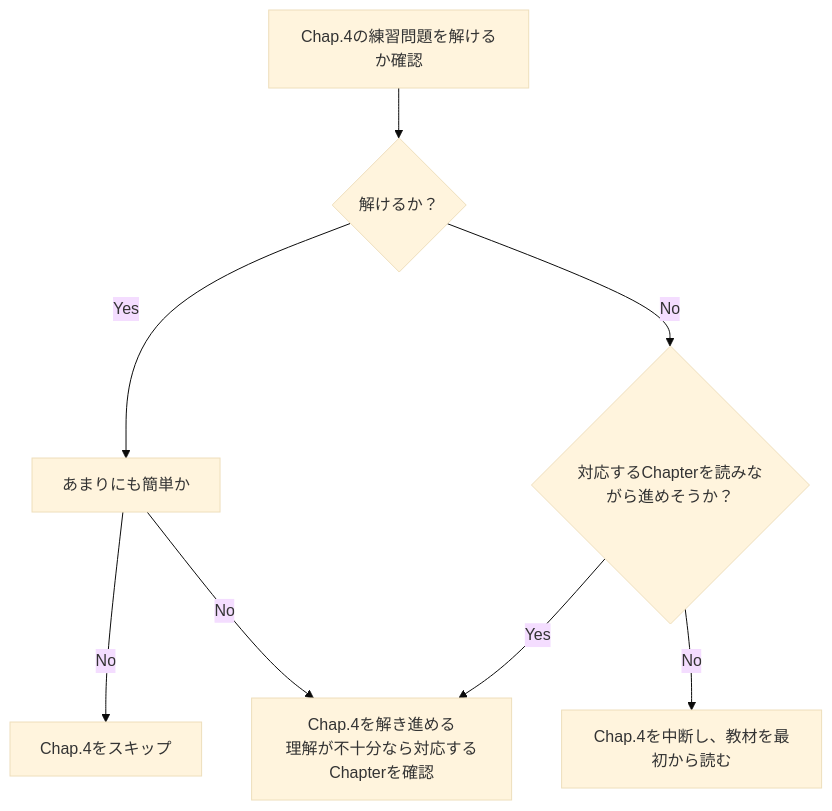
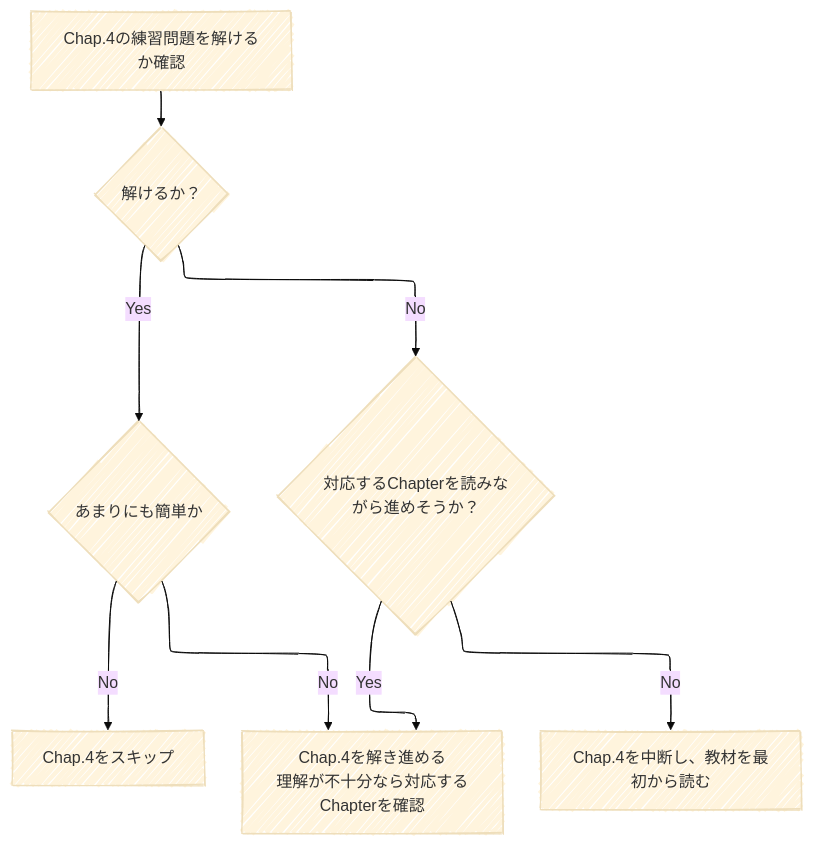
Before and after one commit to ITSVAPP/algorithm: the diagram in README.md, drawn with Mermaid (base theme).

Commit message:
Update README.md: Enhance flowchart with configuration and improve readability

````diff
--- a/README.md
+++ b/README.md
@@ -42,10 +42,16 @@
 ```mermaid
+---
+config:
+  layout: elk
+  look: handDrawn
+---
+
 flowchart TD
     A[Chap.4の練習問題を解けるか確認] --> B{解けるか？}
-    B -->|Yes| C[あまりにも簡単か]
+    B -->|Yes| C{あまりにも簡単か}
     C -->|No| H[Chap.4をスキップ]
     C -->|No| G[Chap.4を解き進める]
     B -->|No| D{対応するChapterを読みながら進めそうか？}
     D -->|Yes| G[Chap.4を解き進める<br />理解が不十分なら対応するChapterを確認]
     D -->|No| F[Chap.4を中断し、教材を最初から読む]
 ```
````
